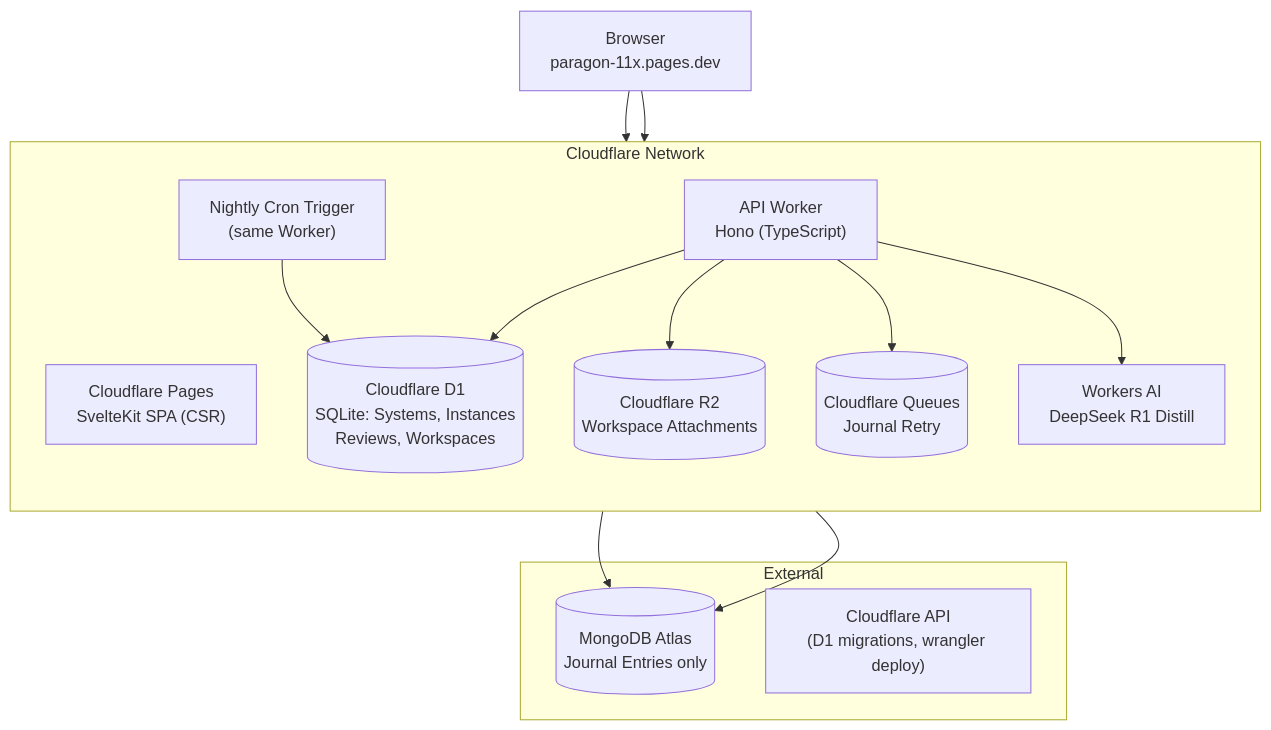
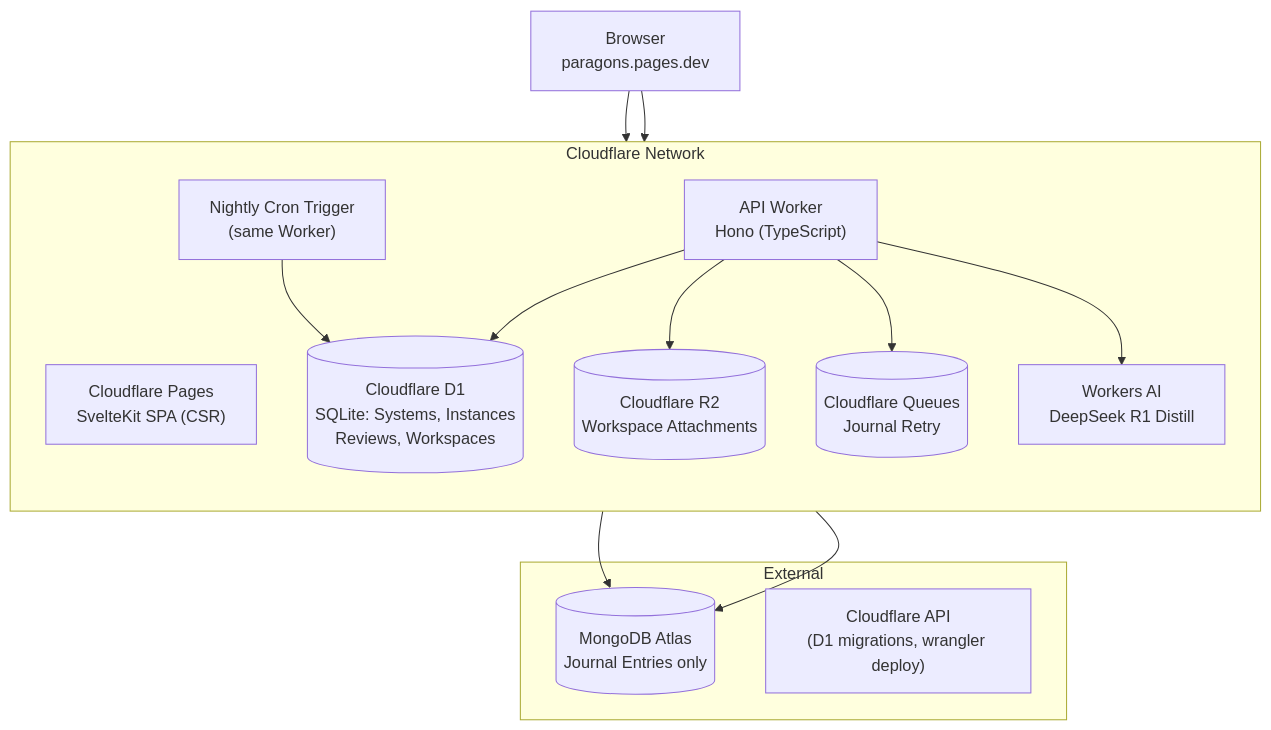
The first of 21 diagrams in docs/system-design.md (Zyxavy/Paragon), drawn with Mermaid before and after one commit. The commit also changed other lines of this file and 9 other files, not shown here.

Commit message:
fix: rename Pages domain to paragons.pages.dev and address review issues

````diff
--- a/docs/system-design.md
+++ b/docs/system-design.md
@@ -17,28 +17,28 @@
 ```mermaid
 flowchart TB
     subgraph Cloudflare["Cloudflare Network"]
         direction TB
         Assets["Cloudflare Pages<br/>SvelteKit SPA (CSR)"]
         API["API Worker<br/>Hono (TypeScript)"]
         Cron["Nightly Cron Trigger<br/>(same Worker)"]
         D1[("Cloudflare D1<br/>SQLite: Systems, Instances<br/>Reviews, Workspaces")]
         R2[("Cloudflare R2<br/>Workspace Attachments")]
         Q[("Cloudflare Queues<br/>Journal Retry")]
         AI["Workers AI<br/>DeepSeek R1 Distill"]
     end
 
     subgraph External["External"]
         Mongo[("MongoDB Atlas<br/>Journal Entries only")]
         CRA["Cloudflare API<br/>(D1 migrations, wrangler deploy)"]
     end
 
-    Browser["Browser<br/>paragon-11x.pages.dev"] --> Assets
+    Browser["Browser<br/>paragons.pages.dev"] --> Assets
     Browser --> API
     API --> D1
     API --> R2
     API --> Q
     API --> AI
     Q --> Mongo
     API --> Mongo
     Cron --> D1
 ```
````
